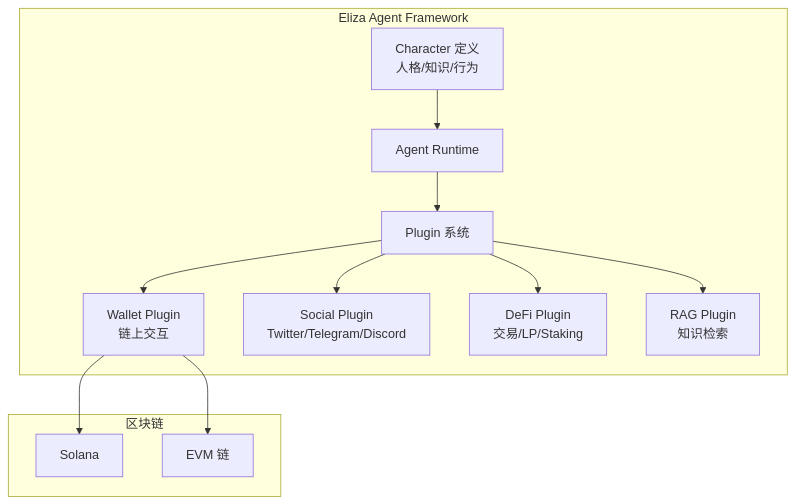
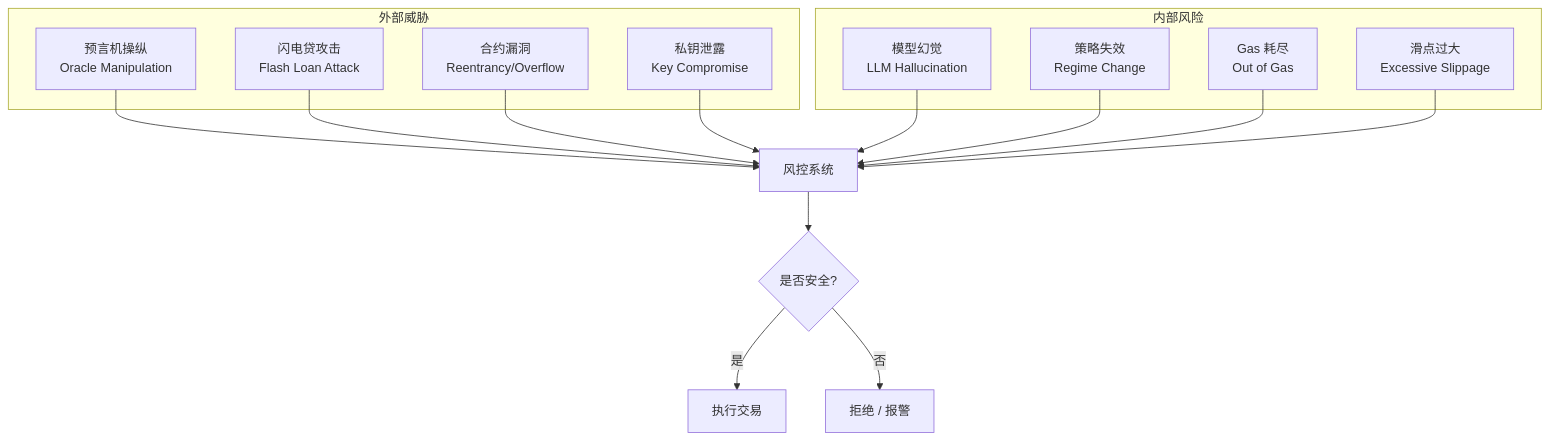
Diagram 11 of 12 in daily/2025-06-02.md (Silence-dream/ai-web3-school-cohort-0), drawn with Mermaid before and after one commit. The commit also changed other lines of this file, not shown here.

Commit message:
feat: 链上 AI Agent 自动交易策略 — 深度学习笔记 (完整版)

````diff
--- a/daily/2025-06-02.md
+++ b/daily/2025-06-02.md
@@ -306,17 +981,26 @@
 ```mermaid
 flowchart TD
-    subgraph "Eliza Agent Framework"
-        A[Character 定义<br/>人格/知识/行为] --> B[Agent Runtime]
-        B --> C[Plugin 系统]
-        C --> D[Wallet Plugin<br/>链上交互]
-        C --> E[Social Plugin<br/>Twitter/Telegram/Discord]
-        C --> F[DeFi Plugin<br/>交易/LP/Staking]
-        C --> G[RAG Plugin<br/>知识检索]
+    subgraph "外部威胁"
+        A[预言机操纵<br/>Oracle Manipulation]
+        B[闪电贷攻击<br/>Flash Loan Attack]
+        C[合约漏洞<br/>Reentrancy/Overflow]
+        D[私钥泄露<br/>Key Compromise]
     end
-    subgraph "区块链"
-        H[Solana]
-        I[EVM 链]
+    subgraph "内部风险"
+        E[模型幻觉<br/>LLM Hallucination]
+        F[策略失效<br/>Regime Change]
+        G[Gas 耗尽<br/>Out of Gas]
+        H[滑点过大<br/>Excessive Slippage]
     end
-    D --> H
+    A --> I[风控系统]
+    B --> I
+    C --> I
     D --> I
+    E --> I
+    F --> I
+    G --> I
+    H --> I
+    I --> J{是否安全?}
+    J -->|是| K[执行交易]
+    J -->|否| L[拒绝 / 报警]
 ```
````
